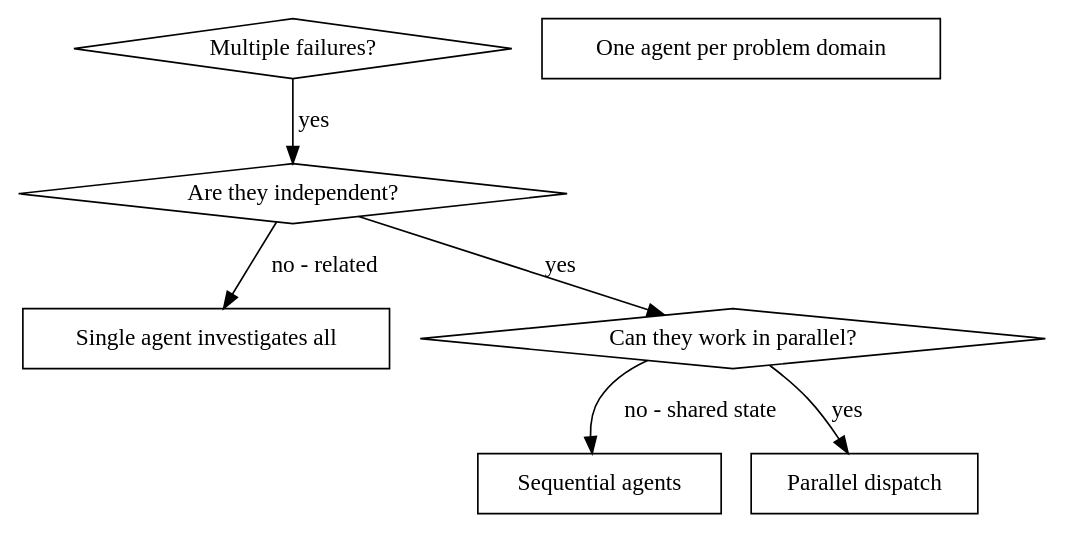
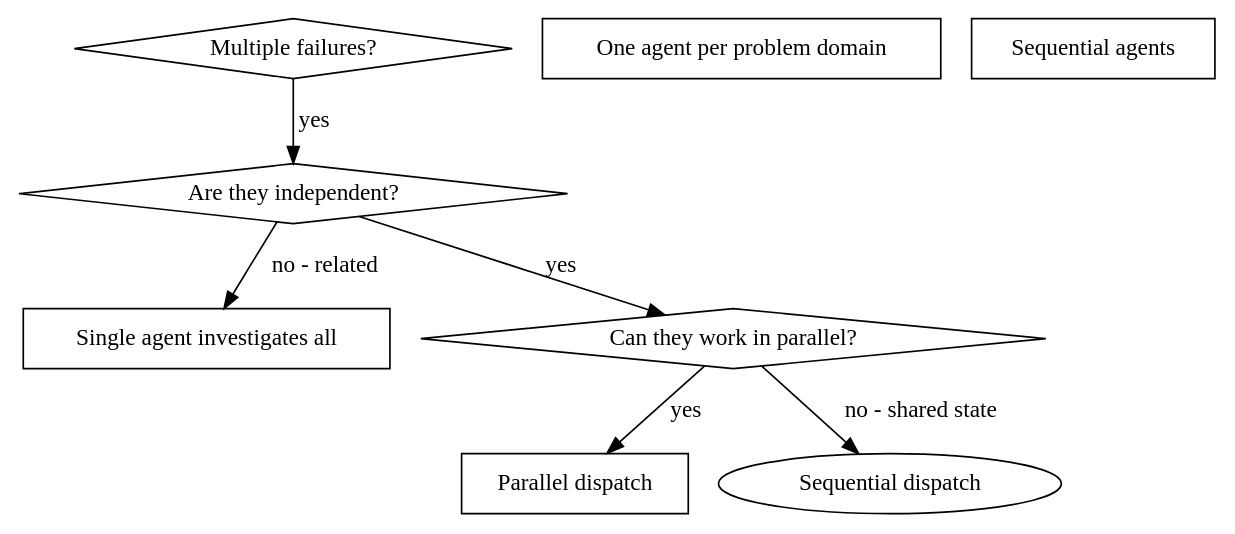
Before and after one commit to oleg494/coding-kit: the diagram in skills/dispatching-parallel-agents/SKILL.md, drawn with Graphviz. The commit also changed other lines of this file and 92 other files, not shown here.

````diff
--- a/skills/dispatching-parallel-agents/SKILL.md
+++ b/skills/dispatching-parallel-agents/SKILL.md
@@ -21,17 +21,17 @@
 ```dot
 digraph when_to_use {
     "Multiple failures?" [shape=diamond];
     "Are they independent?" [shape=diamond];
     "Single agent investigates all" [shape=box];
     "One agent per problem domain" [shape=box];
     "Can they work in parallel?" [shape=diamond];
     "Sequential agents" [shape=box];
     "Parallel dispatch" [shape=box];
 
     "Multiple failures?" -> "Are they independent?" [label="yes"];
     "Are they independent?" -> "Single agent investigates all" [label="no - related"];
     "Are they independent?" -> "Can they work in parallel?" [label="yes"];
     "Can they work in parallel?" -> "Parallel dispatch" [label="yes"];
-    "Can they work in parallel?" -> "Sequential agents" [label="no - shared state"];
+    "Can they work in parallel?" -> "Sequential dispatch" [label="no - shared state"];
 }
 ```
````
